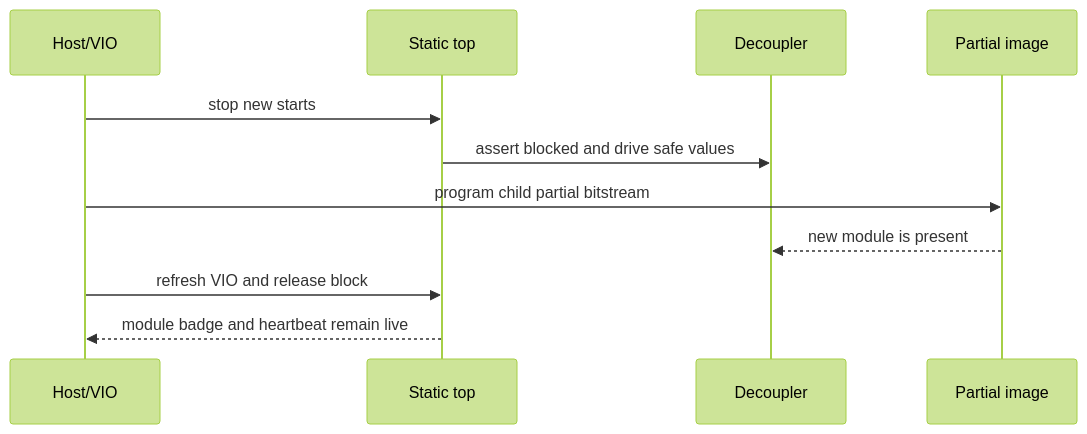
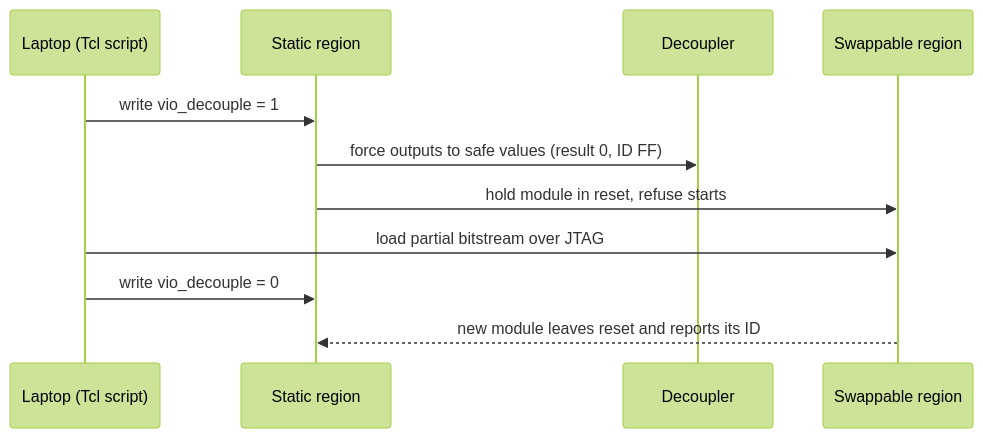
Before and after one commit to Karthik-Flash/systolic_array: the second of 2 diagrams in docs/t2/T2_Complete_Guide.md, drawn with Mermaid (forest theme). The commit also changed other lines of this file and 5 other files, not shown here.

````diff
--- a/docs/t2/T2_Complete_Guide.md
+++ b/docs/t2/T2_Complete_Guide.md
@@ -357,13 +375,13 @@
 ```mermaid
 sequenceDiagram
-  participant H as Host/VIO
-  participant S as Static top
+  participant H as Laptop (Tcl script)
+  participant S as Static region
   participant D as Decoupler
-  participant P as Partial image
-  H->>S: stop new starts
-  S->>D: assert blocked and drive safe values
-  H->>P: program child partial bitstream
-  P-->>D: new module is present
-  H->>S: refresh VIO and release block
-  S-->>H: module badge and heartbeat remain live
+  participant R as Swappable region
+  H->>S: write vio_decouple = 1
+  S->>D: force outputs to safe values (result 0, ID FF)
+  S->>R: hold module in reset, refuse starts
+  H->>R: load partial bitstream over JTAG
+  H->>S: write vio_decouple = 0
+  R-->>S: new module leaves reset and reports its ID
 ```
````
